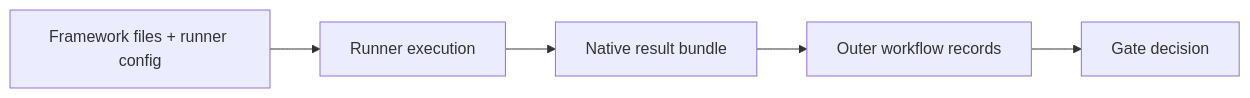
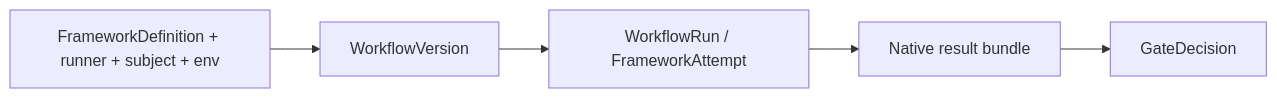
One commit to softprobe/document-website changed the first of 2 diagrams in en/evaluation/concepts/data-model.md. Above: the diagram before and after it, drawn with Mermaid. The commit also changed other lines of this file and 57 other files, not shown here.

````diff
--- a/en/evaluation/concepts/data-model.md
+++ b/en/evaluation/concepts/data-model.md
@@ -18,9 +19,9 @@
 ```mermaid
 flowchart LR
-  In[Framework files + runner config]
-  Run[Runner execution]
+  In[FrameworkDefinition + runner + subject + env]
+  WV[WorkflowVersion]
+  Run[WorkflowRun / FrameworkAttempt]
   Native[Native result bundle]
-  Outer[Outer workflow records]
-  Gate[Gate decision]
-  In --> Run --> Native --> Outer --> Gate
+  Gate[GateDecision]
+  In --> WV --> Run --> Native --> Gate
 ```
````
